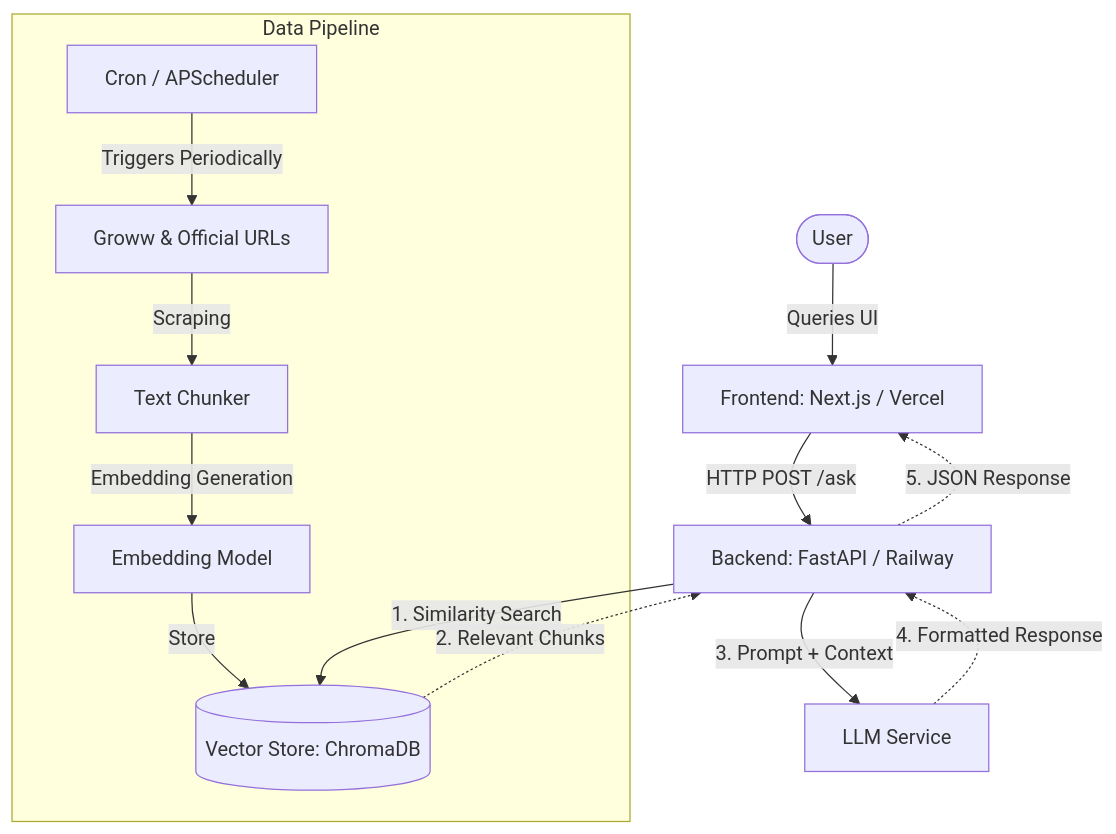
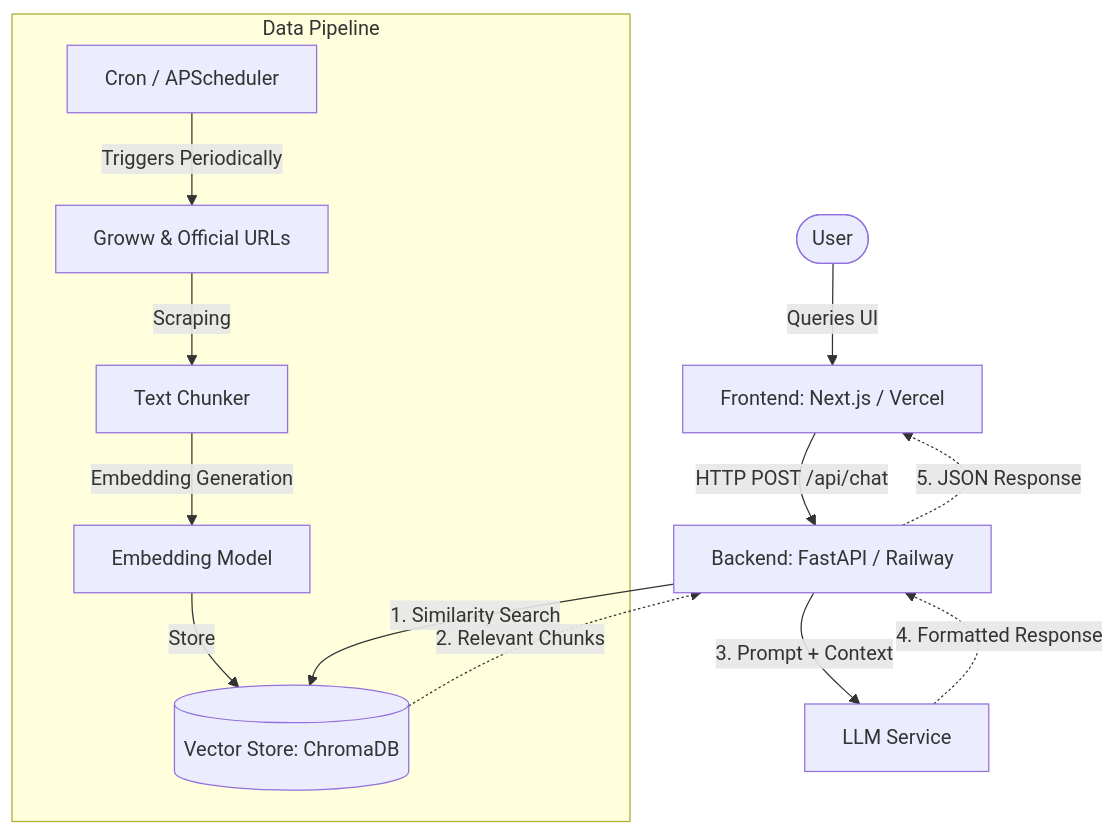
One commit to dhairyabansaldb-del/askgrow changed the diagram in docs/architecture_plan.md. Above: the diagram before and after it, drawn with Mermaid. The commit also changed other lines of this file and 68 other files, not shown here.

````diff
--- a/docs/architecture_plan.md
+++ b/docs/architecture_plan.md
@@ -7,17 +7,17 @@
 ```mermaid
 graph TD
     User([User]) -->|Queries UI| FE[Frontend: Next.js / Vercel]
-    FE -->|HTTP POST /ask| BE[Backend: FastAPI / Railway]
+    FE -->|HTTP POST /api/chat| BE[Backend: FastAPI / Railway]
     BE -->|1. Similarity Search| DB[(Vector Store: ChromaDB)]
     DB -.->|2. Relevant Chunks| BE
     BE -->|3. Prompt + Context| LLM[LLM Service]
     LLM -.->|4. Formatted Response| BE
     BE -.->|5. JSON Response| FE
     
     subgraph Data Pipeline
         Scheduler[Cron / APScheduler] -->|Triggers Periodically| URLs
         URLs[Groww & Official URLs] -->|Scraping| Chunking[Text Chunker]
         Chunking -->|Embedding Generation| Embedder[Embedding Model]
         Embedder -->|Store| DB
     end
 ```
````
